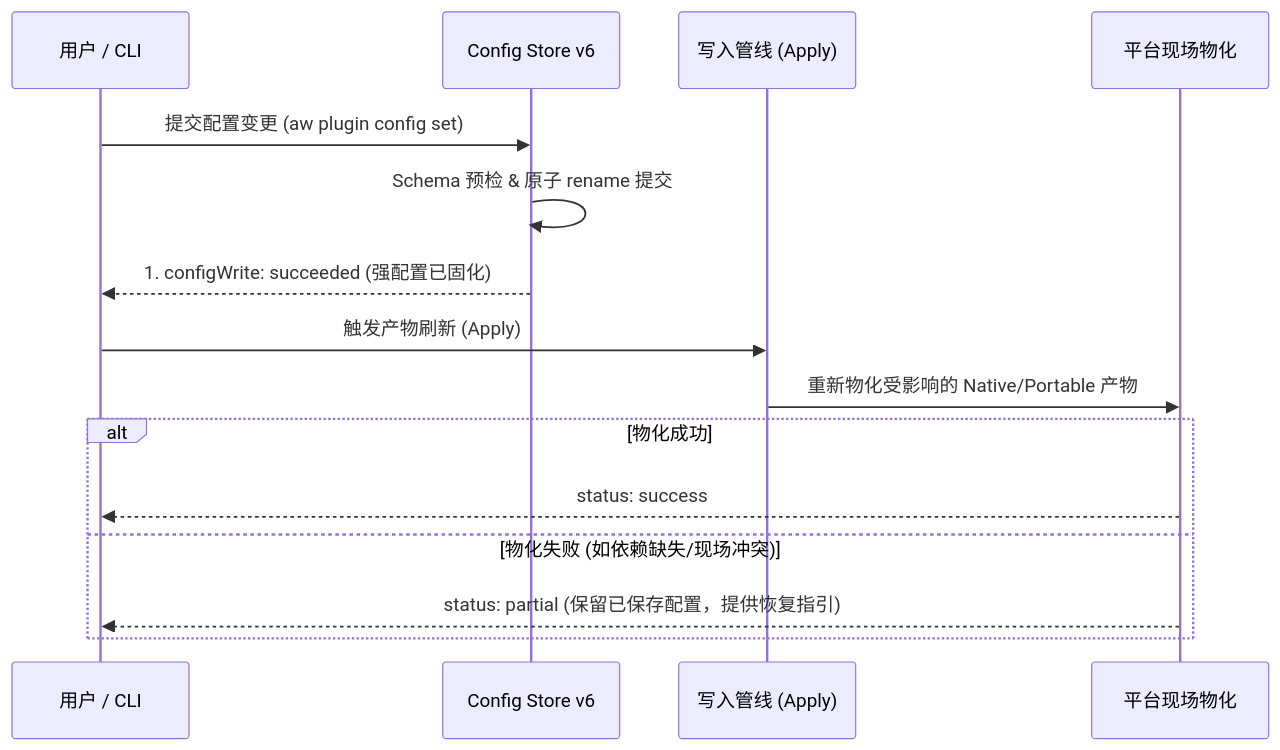
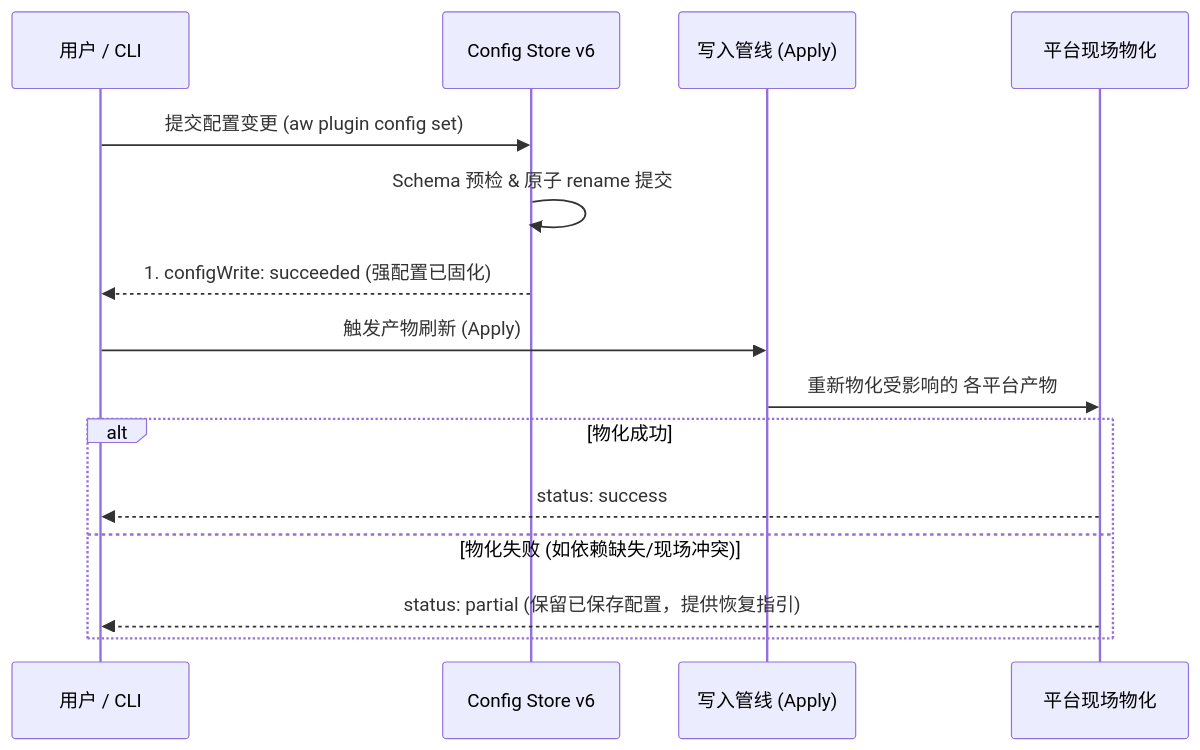
One commit to lesliechan721-arch/agent-workflow changed the second of 2 diagrams in docs/maintainers/architecture/config-and-status.md. Above: the diagram before and after it, drawn with Mermaid. The commit also changed other lines of this file and 425 other files, not shown here.

````diff
--- a/docs/maintainers/architecture/config-and-status.md
+++ b/docs/maintainers/architecture/config-and-status.md
@@ -206,19 +140,19 @@
 ```mermaid
 sequenceDiagram
     participant User as 用户 / CLI
     participant Store as Config Store v6
     participant Pipeline as 写入管线 (Apply)
     participant Platform as 平台现场物化
 
     User->>Store: 提交配置变更 (aw plugin config set)
     Store->>Store: Schema 预检 & 原子 rename 提交
     Store-->>User: 1. configWrite: succeeded (强配置已固化)
 
     User->>Pipeline: 触发产物刷新 (Apply)
-    Pipeline->>Platform: 重新物化受影响的 Native/Portable 产物
+    Pipeline->>Platform: 重新物化受影响的 各平台产物
     alt 物化成功
         Platform-->>User: status: success
     else 物化失败 (如依赖缺失/现场冲突)
         Platform-->>User: status: partial (保留已保存配置，提供恢复指引)
     end
 ```
````
